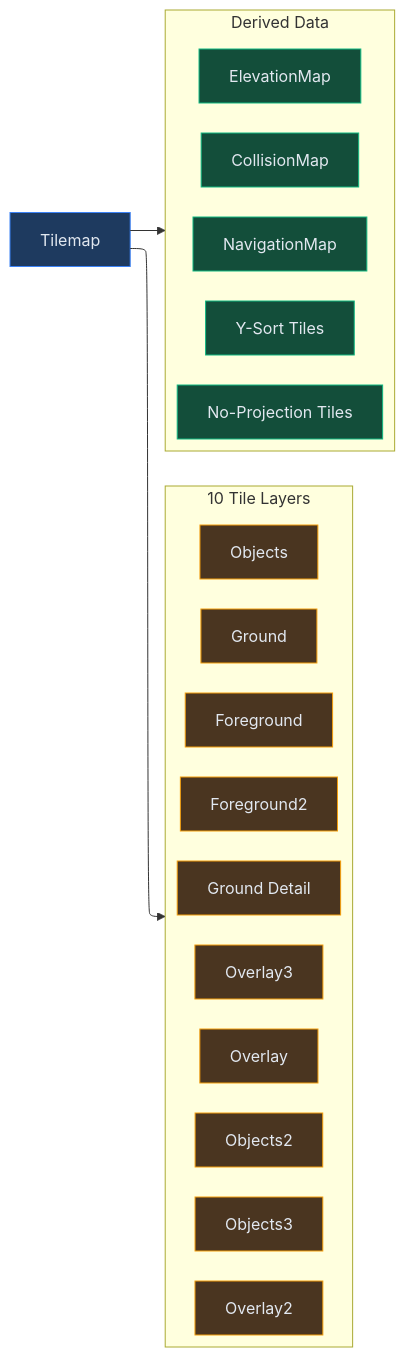
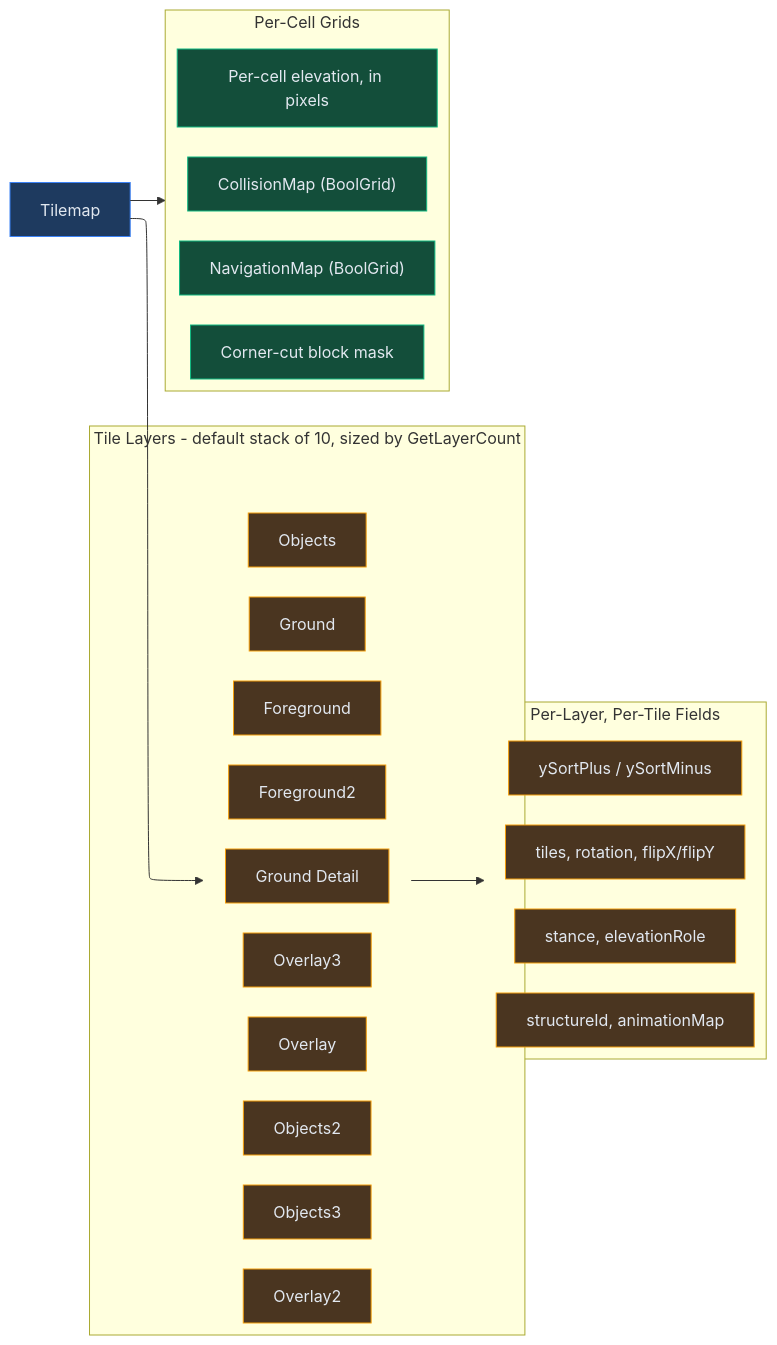
One commit to baaz777/rift changed the fifth of 7 diagrams in docs/ARCHITECTURE.md. Above: the diagram before and after it, drawn with Mermaid. The commit also changed other lines of this file, not shown here.

Commit message:
📝 Rewrite ARCHITECTURE for the ECS core

```diff
--- a/docs/ARCHITECTURE.md
+++ b/docs/ARCHITECTURE.md
@@ -287,36 +372,43 @@
 <pre class="mermaid">
 ---
 config:
   layout: elk
 ---
 graph LR
     classDef primary fill:#1e3a5f,stroke:#3b82f6,color:#e2e8f0
     classDef derived fill:#134e3a,stroke:#10b981,color:#e2e8f0
     classDef data fill:#4a3520,stroke:#f59e0b,color:#e2e8f0
 
     Tilemap["Tilemap"]:::primary
 
-    subgraph Layers["10 Tile Layers"]
+    subgraph Layers["Tile Layers - default stack of 10, sized by GetLayerCount"]
         L0["Ground"]:::data
         L1["Ground Detail"]:::data
         L2["Objects"]:::data
         L3["Objects2"]:::data
         L4["Objects3"]:::data
         L5["Foreground"]:::data
         L6["Foreground2"]:::data
         L7["Overlay"]:::data
         L8["Overlay2"]:::data
         L9["Overlay3"]:::data
     end
 
-    subgraph Derived["Derived Data"]
-        Collision["CollisionMap"]:::derived
-        Navigation["NavigationMap"]:::derived
-        Elevation["ElevationMap"]:::derived
-        YSort["Y-Sort Tiles"]:::derived
-        NoProj["No-Projection Tiles"]:::derived
+    subgraph PerLayer["Per-Layer, Per-Tile Fields"]
+        Tiles["tiles, rotation, flipX/flipY"]:::data
+        Stance["stance, elevationRole"]:::data
+        YSort["ySortPlus / ySortMinus"]:::data
+        Struct["structureId, animationMap"]:::data
+    end
+
+    subgraph Derived["Per-Cell Grids"]
+        Collision["CollisionMap (BoolGrid)"]:::derived
+        Navigation["NavigationMap (BoolGrid)"]:::derived
+        Elevation["Per-cell elevation, in pixels"]:::derived
+        CornerCut["Corner-cut block mask"]:::derived
     end
 
     Tilemap --> Layers
+    Layers --> PerLayer
     Tilemap --> Derived
 </pre>
```
